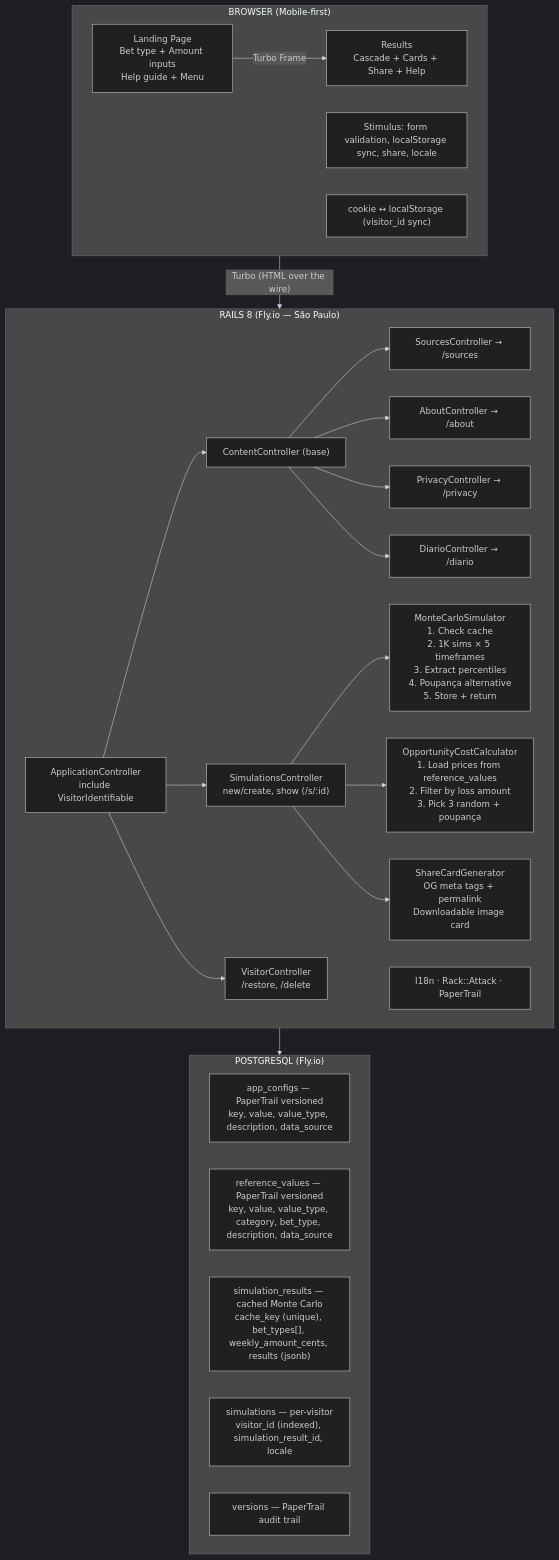
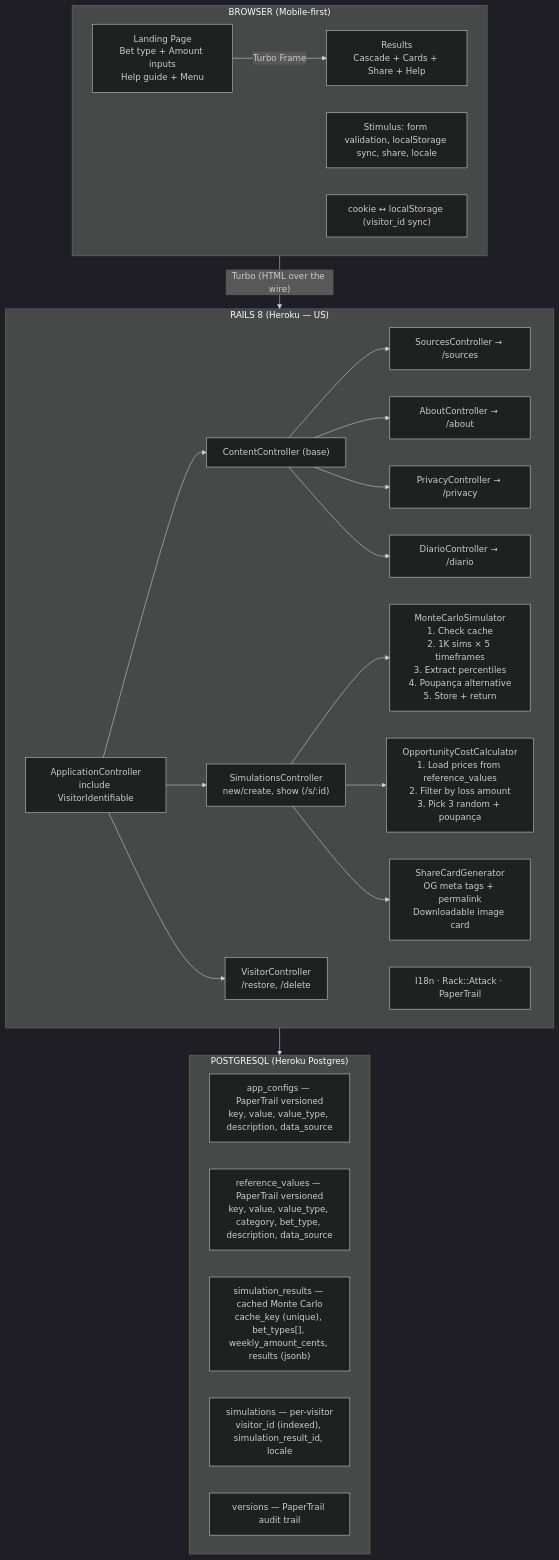
One commit to giobottesi/you-bet changed the diagram in docs/ARCHITECTURE.md. Above: the diagram before and after it, drawn with Mermaid (dark theme). The commit also changed other lines of this file and 1 other file, not shown here.

First line of the commit message:
docs: sweep Fly.io → Heroku in reference docs + fix stale currency

````diff
--- a/docs/ARCHITECTURE.md
+++ b/docs/ARCHITECTURE.md
@@ -24,39 +24,39 @@
 ```mermaid
 graph TD
     subgraph BROWSER ["BROWSER (Mobile-first)"]
         LP["Landing Page\nBet type + Amount inputs\nHelp guide + Menu"]
         LP -->|Turbo Frame| RES["Results\nCascade + Cards + Share + Help"]
         STIM["Stimulus: form validation, localStorage sync, share, locale"]
         COOKIE["cookie ↔ localStorage (visitor_id sync)"]
     end
 
     BROWSER -->|"Turbo (HTML over the wire)"| RAILS
 
-    subgraph RAILS ["RAILS 8 (Fly.io — São Paulo)"]
+    subgraph RAILS ["RAILS 8 (Heroku — US)"]
         AC["ApplicationController\ninclude VisitorIdentifiable"]
         AC --> SC["SimulationsController\nnew/create, show (/s/:id)"]
         AC --> CC["ContentController (base)"]
         AC --> VC["VisitorController\n/restore, /delete"]
 
         CC --> SRC["SourcesController → /sources"]
         CC --> ABT["AboutController → /about"]
         CC --> PRV["PrivacyController → /privacy"]
         CC --> DIA["DiarioController → /diario"]
 
         SC --> MCS["MonteCarloSimulator\n1. Check cache\n2. 1K sims × 5 timeframes\n3. Extract percentiles\n4. Poupança alternative\n5. Store + return"]
         SC --> OCC["OpportunityCostCalculator\n1. Load prices from reference_values\n2. Filter by loss amount\n3. Pick 3 random + poupança"]
         SC --> SCG["ShareCardGenerator\nOG meta tags + permalink\nDownloadable image card"]
 
         INFRA["I18n · Rack::Attack · PaperTrail"]
     end
 
     RAILS --> DB
 
-    subgraph DB ["POSTGRESQL (Fly.io)"]
+    subgraph DB ["POSTGRESQL (Heroku Postgres)"]
         T1["app_configs — PaperTrail versioned\nkey, value, value_type, description, data_source"]
         T2["reference_values — PaperTrail versioned\nkey, value, value_type, category, bet_type, description, data_source"]
         T3["simulation_results — cached Monte Carlo\ncache_key (unique), bet_types[], weekly_amount_cents, results (jsonb)"]
         T4["simulations — per-visitor\nvisitor_id (indexed), simulation_result_id, locale"]
         T5["versions — PaperTrail audit trail"]
     end
 ```
````
